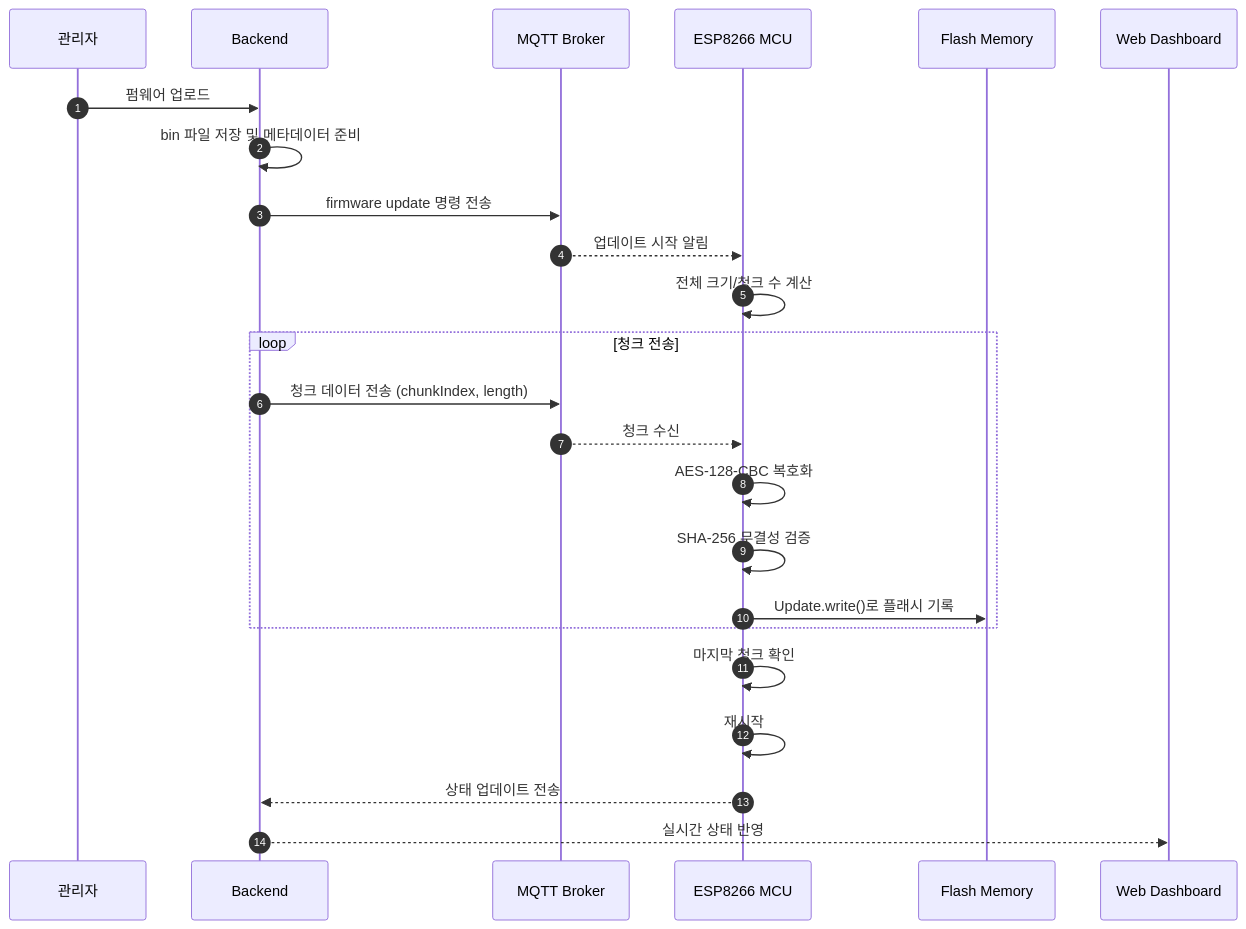
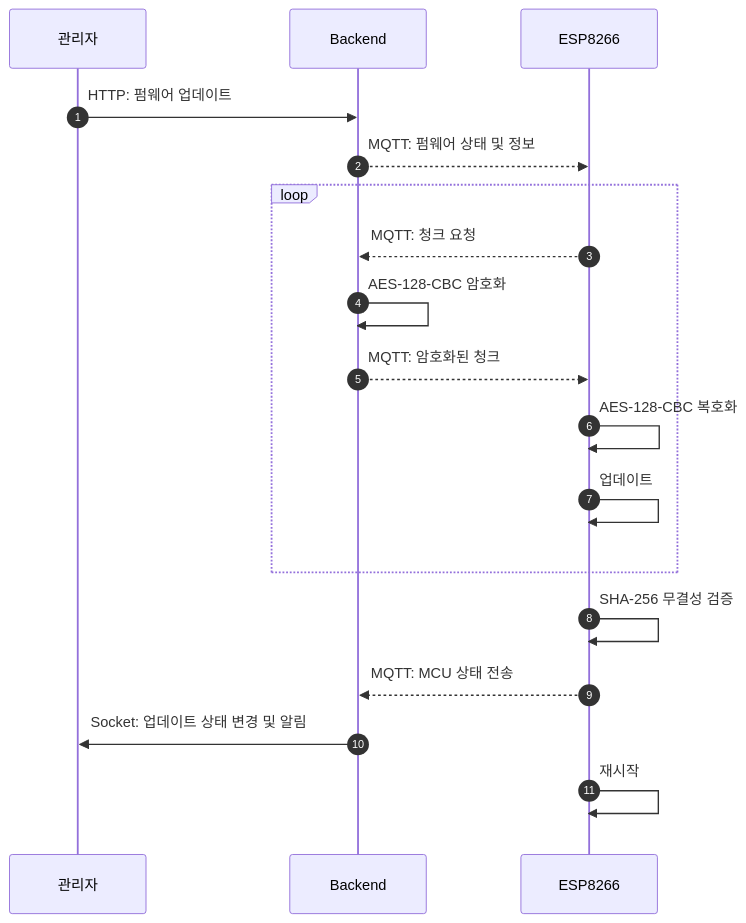
Before and after one commit to limdongsun0814/OTA: the diagram in README.md, drawn with Mermaid. The commit also changed other lines of this file, not shown here.

Commit message:
리드미 수정

````diff
--- a/README.md
+++ b/README.md
@@ -38,27 +32,23 @@
 ```mermaid
+%%{init: { "theme": "default", "sequence": { "boxMargin": 20, "rightAngles": true, "messageMargin": 50, "messageAlign": "left" } }}%%
+
 sequenceDiagram
     autonumber
     participant Admin as 관리자
-    participant Server as Backend
-    participant MQTT as MQTT Broker
-    participant MCU as ESP8266 MCU
-    participant Flash as Flash Memory
-    participant UI as Web Dashboard
+    participant Backend as Backend
+    participant MCU as ESP8266
 
-    Admin->>Server: 펌웨어 업로드
-    Server->>Server: bin 파일 저장 및 메타데이터 준비
-    Server->>MQTT: firmware update 명령 전송
-    MQTT-->>MCU: 업데이트 시작 알림
-    MCU->>MCU: 전체 크기/청크 수 계산
-    loop 청크 전송
-        Server->>MQTT: 청크 데이터 전송 (chunkIndex, length)
-        MQTT-->>MCU: 청크 수신
-        MCU->>MCU: AES-128-CBC 복호화
-        MCU->>MCU: SHA-256 무결성 검증
-        MCU->>Flash: Update.write()로 플래시 기록
+    Admin->>Backend: HTTP: 펌웨어 업데이트
+    Backend-->>MCU: MQTT: 펌웨어 상태 및 정보
+    loop 
+        MCU-->>Backend: MQTT: 청크 요청
+        Backend->>Backend: AES-128-CBC 암호화<br>
+        Backend-->>MCU: MQTT: 암호화된 청크
+        MCU->>MCU: AES-128-CBC 복호화<br>
+        MCU->>MCU: 업데이트<br>
     end
-    MCU->>MCU: 마지막 청크 확인
-    MCU->>MCU: 재시작
-    MCU-->>Server: 상태 업데이트 전송
-    Server-->>UI: 실시간 상태 반영
+    MCU->>MCU: SHA-256 무결성 검증<br>
+    MCU-->>Backend: MQTT: MCU 상태 전송
+    Backend->>Admin: Socket: 업데이트 상태 변경 및 알림
+    MCU->>MCU: 재시작<br>
 ```
````
